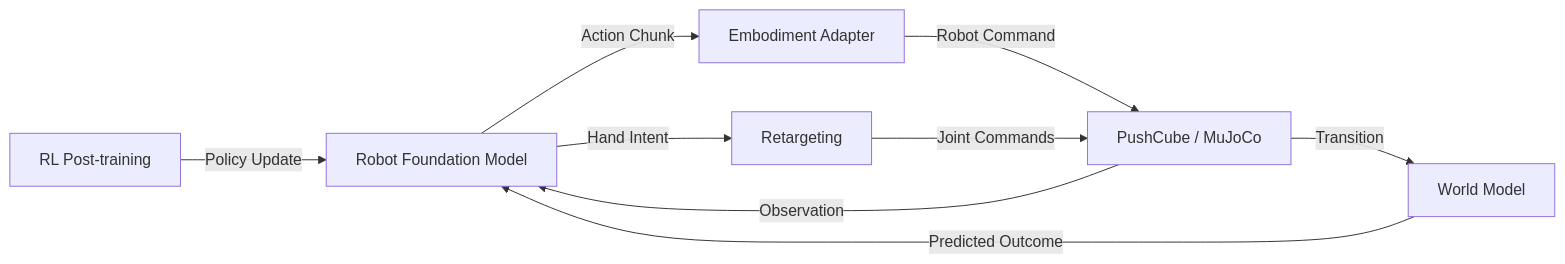
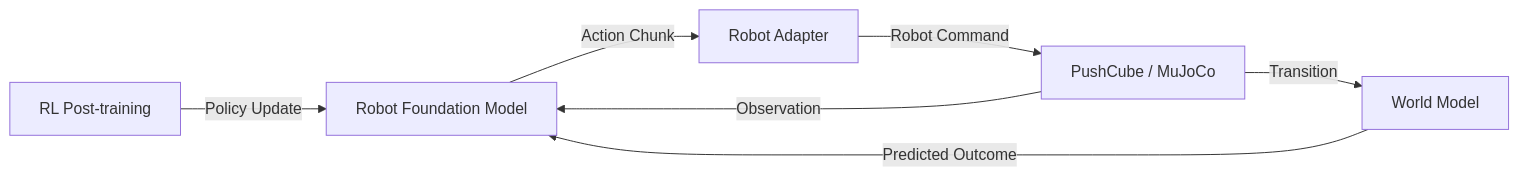
One commit to Dld0621/Embodied-AI-Zero-to-Hero changed the second of 2 diagrams in docs/23-robot-foundation-models.md. Above: the diagram before and after it, drawn with Mermaid. The commit also changed other lines of this file and 29 other files, not shown here.

````diff
--- a/docs/23-robot-foundation-models.md
+++ b/docs/23-robot-foundation-models.md
@@ -304,11 +304,9 @@
 ```mermaid
 flowchart LR
-    RFM["Robot Foundation Model"] -->|"Action Chunk"| ADP["Embodiment Adapter"]
+    RFM["Robot Foundation Model"] -->|"Action Chunk"| ADP["Robot Adapter"]
     ADP -->|"Robot Command"| SIM["PushCube / MuJoCo"]
     SIM -->|"Observation"| RFM
     SIM -->|"Transition"| WM["World Model"]
     WM -->|"Predicted Outcome"| RFM
     RL["RL Post-training"] -->|"Policy Update"| RFM
-    RET["Retargeting"] -->|"Joint Commands"| SIM
-    RFM -->|"Hand Intent"| RET
 ```
````
